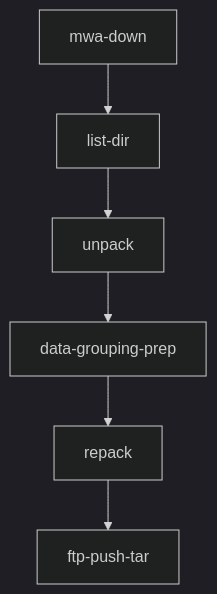
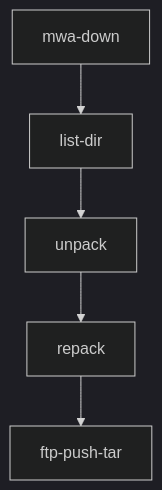
The fourth of 5 diagrams in README.md (kaichao/app-mwa), drawn with Mermaid (dark theme) before and after one commit. The commit also changed other lines of this file and 2 other files, not shown here.

````diff
--- a/README.md
+++ b/README.md
@@ -200,10 +203,9 @@
 ```mermaid
 
 flowchart TB
   mwa-down --> list-dir
   list-dir --> unpack
-  unpack --> data-grouping-prep
-  data-grouping-prep --> repack
+  unpack --> repack
   repack --> ftp-push-tar
 
 ```
````
